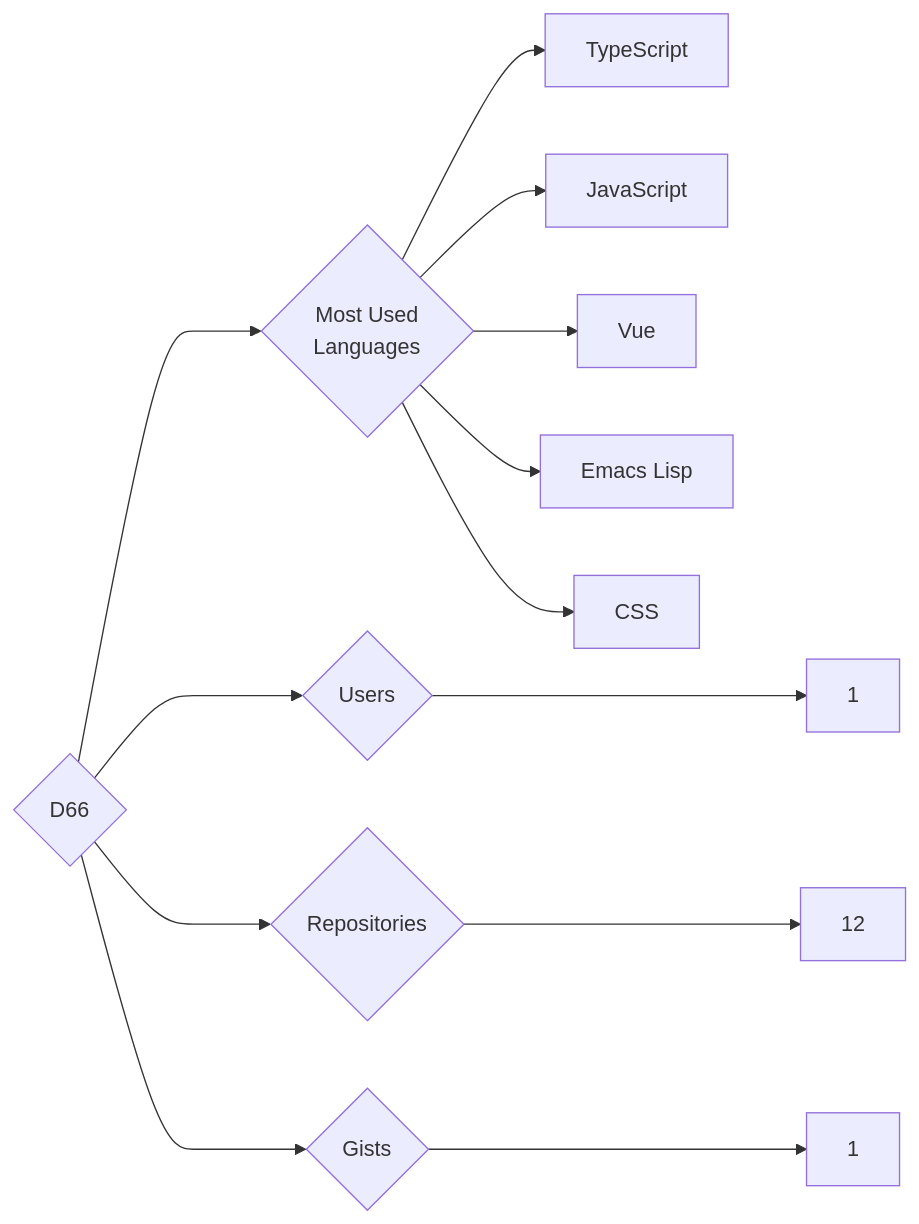
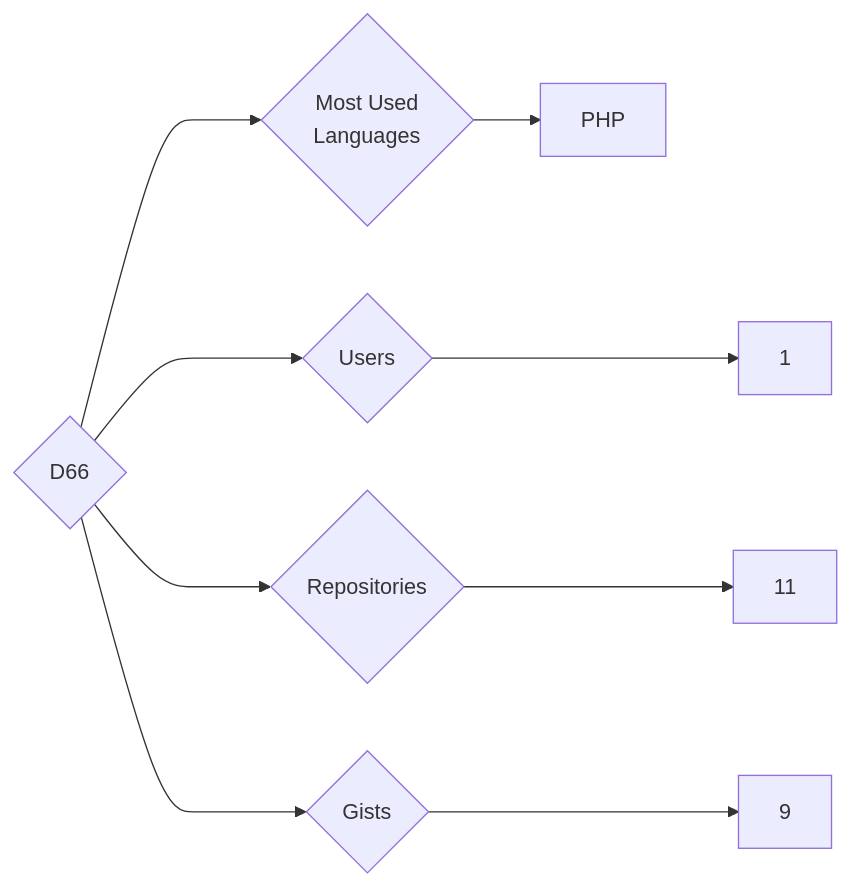
One commit to trickest/insiders changed the diagram in targets/D66/README.md. Above: the diagram before and after it, drawn with Mermaid. The commit also changed 569 other files, not shown here.

````diff
--- a/targets/D66/README.md
+++ b/targets/D66/README.md
@@ -3,13 +3,9 @@
 ```mermaid
 graph LR
 COMPANY_NAME{D66}
 COMPANY_NAME ---> U{Users} ---> UN[1]
-COMPANY_NAME ---> R{Repositories} ---> RN[12]
-COMPANY_NAME ---> G{Gists} ---> GN[1]
+COMPANY_NAME ---> R{Repositories} ---> RN[11]
+COMPANY_NAME ---> G{Gists} ---> GN[9]
 COMPANY_NAME ---> ML{Most Used<br>Languages}
-ML --> TypeScript[TypeScript]
-ML --> JavaScript[JavaScript]
-ML --> Vue[Vue]
-ML --> Emacs_Lisp[Emacs Lisp]
-ML --> CSS[CSS]
+ML --> PHP[PHP]
 ```
````
